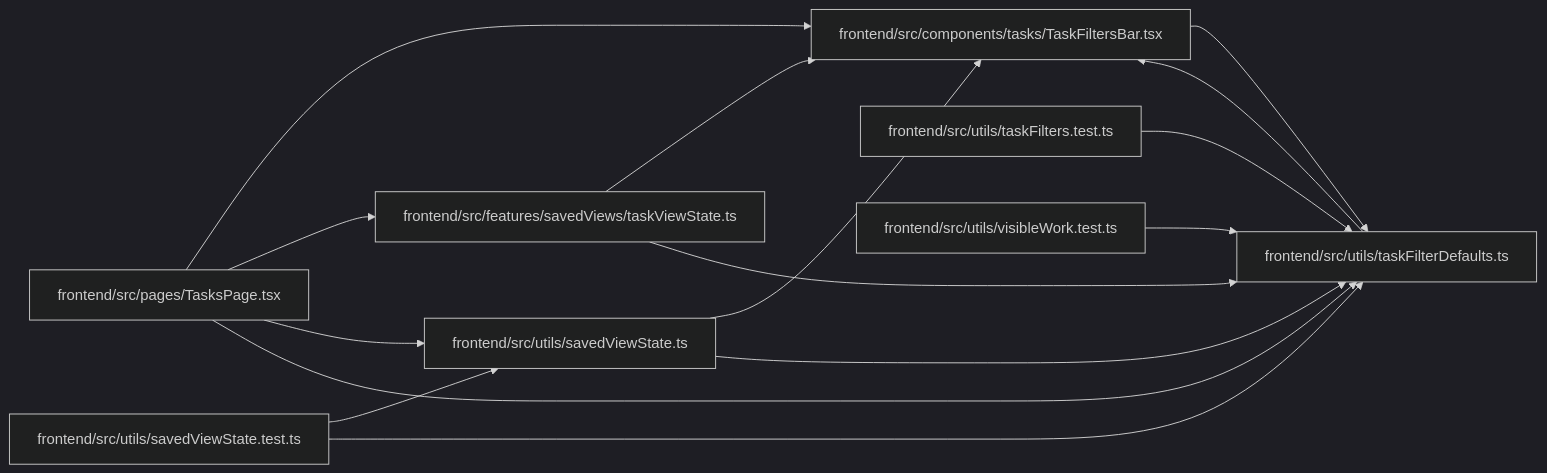
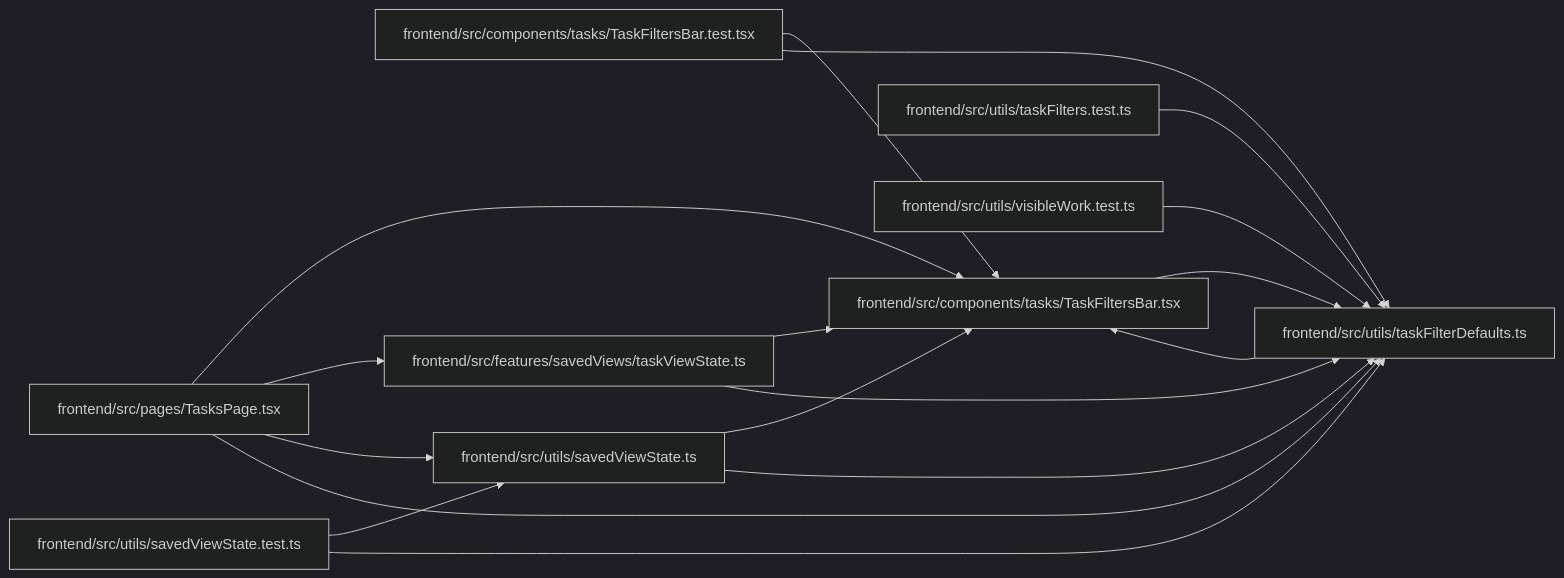
One commit to Denissvgn/WorkChord changed the diagram in docs/llm_wiki/modules/taskFilterDefaults.md. Above: the diagram before and after it, drawn with Mermaid (dark theme). The commit also changed other lines of this file and 351 other files, not shown here.

````diff
--- a/docs/llm_wiki/modules/taskFilterDefaults.md
+++ b/docs/llm_wiki/modules/taskFilterDefaults.md
@@ -27,33 +27,37 @@
 ```mermaid
 flowchart LR
-    n0["frontend/src/components/tasks/TaskFiltersBar.tsx"]
-    n1["frontend/src/features/savedViews/taskViewState.ts"]
-    n2["frontend/src/pages/TasksPage.tsx"]
-    n3["frontend/src/utils/savedViewState.test.ts"]
-    n4["frontend/src/utils/savedViewState.ts"]
-    n5["frontend/src/utils/taskFilterDefaults.ts"]
-    n6["frontend/src/utils/taskFilters.test.ts"]
-    n7["frontend/src/utils/visibleWork.test.ts"]
-    n0 --> n5
-    n1 --> n0
-    n1 --> n5
-    n2 --> n0
+    n0["frontend/src/components/tasks/TaskFiltersBar.test.tsx"]
+    n1["frontend/src/components/tasks/TaskFiltersBar.tsx"]
+    n2["frontend/src/features/savedViews/taskViewState.ts"]
+    n3["frontend/src/pages/TasksPage.tsx"]
+    n4["frontend/src/utils/savedViewState.test.ts"]
+    n5["frontend/src/utils/savedViewState.ts"]
+    n6["frontend/src/utils/taskFilterDefaults.ts"]
+    n7["frontend/src/utils/taskFilters.test.ts"]
+    n8["frontend/src/utils/visibleWork.test.ts"]
+    n0 --> n1
+    n0 --> n6
+    n1 --> n6
     n2 --> n1
-    n2 --> n4
-    n2 --> n5
-    n3 --> n4
+    n2 --> n6
+    n3 --> n1
+    n3 --> n2
     n3 --> n5
-    n4 --> n0
+    n3 --> n6
     n4 --> n5
-    n5 --> n0
-    n6 --> n5
-    n7 --> n5
-    click n0 "../modules/TaskFiltersBar.md"
-    click n1 "../modules/taskViewState.md"
-    click n2 "../modules/TasksPage.md"
-    click n3 "../modules/savedViewState.test.md"
-    click n4 "../modules/savedViewState.md"
-    click n5 "../modules/taskFilterDefaults.md"
-    click n6 "../modules/taskFilters.test.md"
-    click n7 "../modules/visibleWork.test.md"
+    n4 --> n6
+    n5 --> n1
+    n5 --> n6
+    n6 --> n1
+    n7 --> n6
+    n8 --> n6
+    click n0 "../modules/TaskFiltersBar.test.md"
+    click n1 "../modules/TaskFiltersBar.md"
+    click n2 "../modules/taskViewState.md"
+    click n3 "../modules/TasksPage.md"
+    click n4 "../modules/savedViewState.test.md"
+    click n5 "../modules/savedViewState.md"
+    click n6 "../modules/taskFilterDefaults.md"
+    click n7 "../modules/taskFilters.test.md"
+    click n8 "../modules/visibleWork.test.md"
 ```
````
